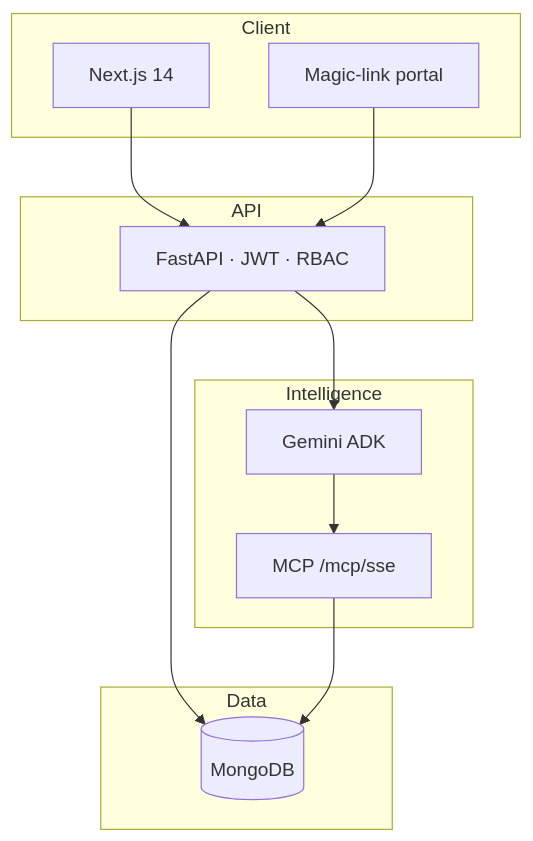
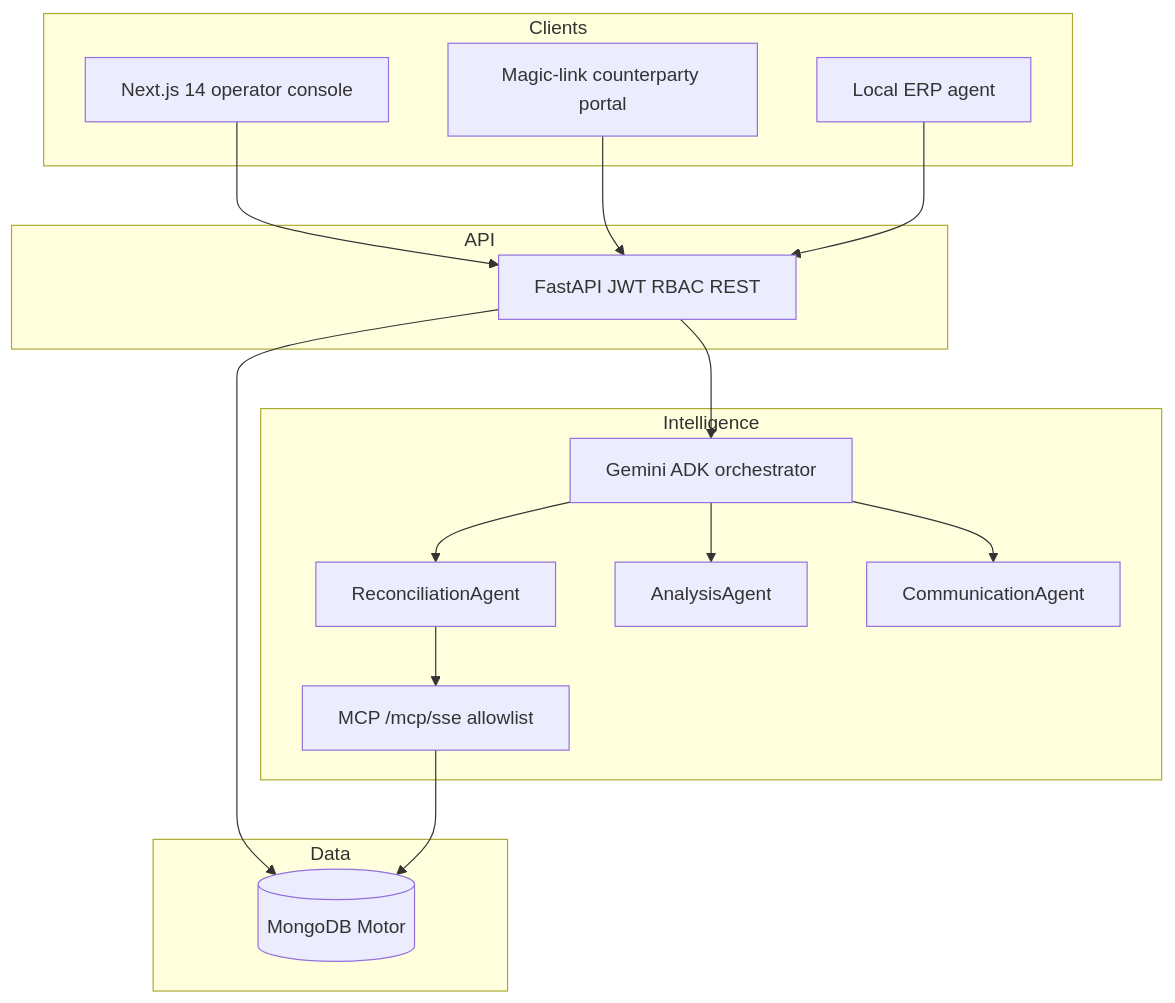
Before and after one commit to keshav-077/Ledgeriq----Agentic-B2B-financial-reconciliation: the second of 3 diagrams in README.md, drawn with Mermaid. The commit also changed other lines of this file and 13 other files, not shown here.

````diff
--- a/README.md
+++ b/README.md
@@ -58,23 +79,31 @@
 ```mermaid
 flowchart TB
-    subgraph Client["Client"]
-        UI["Next.js 14"]
-        Portal["Magic-link portal"]
-    end
-    subgraph API["API"]
-        FastAPI["FastAPI · JWT · RBAC"]
-    end
-    subgraph Intelligence["Intelligence"]
-        ADK["Gemini ADK"]
-        MCP["MCP /mcp/sse"]
-    end
-    subgraph Data["Data"]
-        Mongo[(MongoDB)]
-    end
-    UI --> FastAPI
-    Portal --> FastAPI
-    FastAPI --> ADK
-    FastAPI --> Mongo
-    ADK --> MCP
-    MCP --> Mongo
+  subgraph clients [Clients]
+    UI[Next.js 14 operator console]
+    Portal[Magic-link counterparty portal]
+    ERP[Local ERP agent]
+  end
+  subgraph apiLayer [API]
+    FastAPI[FastAPI JWT RBAC REST]
+  end
+  subgraph intel [Intelligence]
+    ADK[Gemini ADK orchestrator]
+    RecAgent[ReconciliationAgent]
+    AnaAgent[AnalysisAgent]
+    ComAgent[CommunicationAgent]
+    MCP[MCP /mcp/sse allowlist]
+  end
+  subgraph data [Data]
+    Mongo[(MongoDB Motor)]
+  end
+  UI --> FastAPI
+  Portal --> FastAPI
+  ERP --> FastAPI
+  FastAPI --> ADK
+  FastAPI --> Mongo
+  ADK --> RecAgent
+  ADK --> AnaAgent
+  ADK --> ComAgent
+  RecAgent --> MCP
+  MCP --> Mongo
 ```
````
